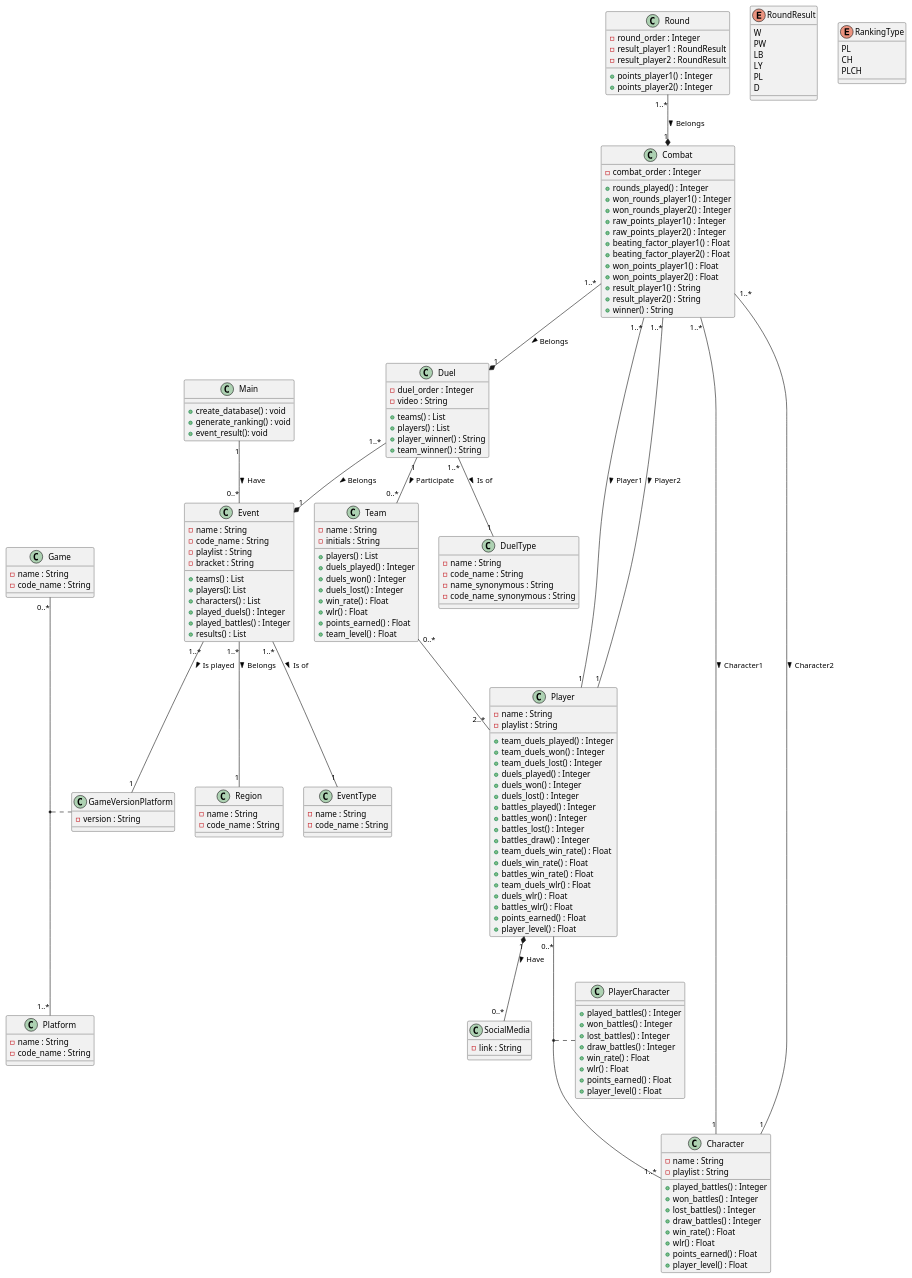
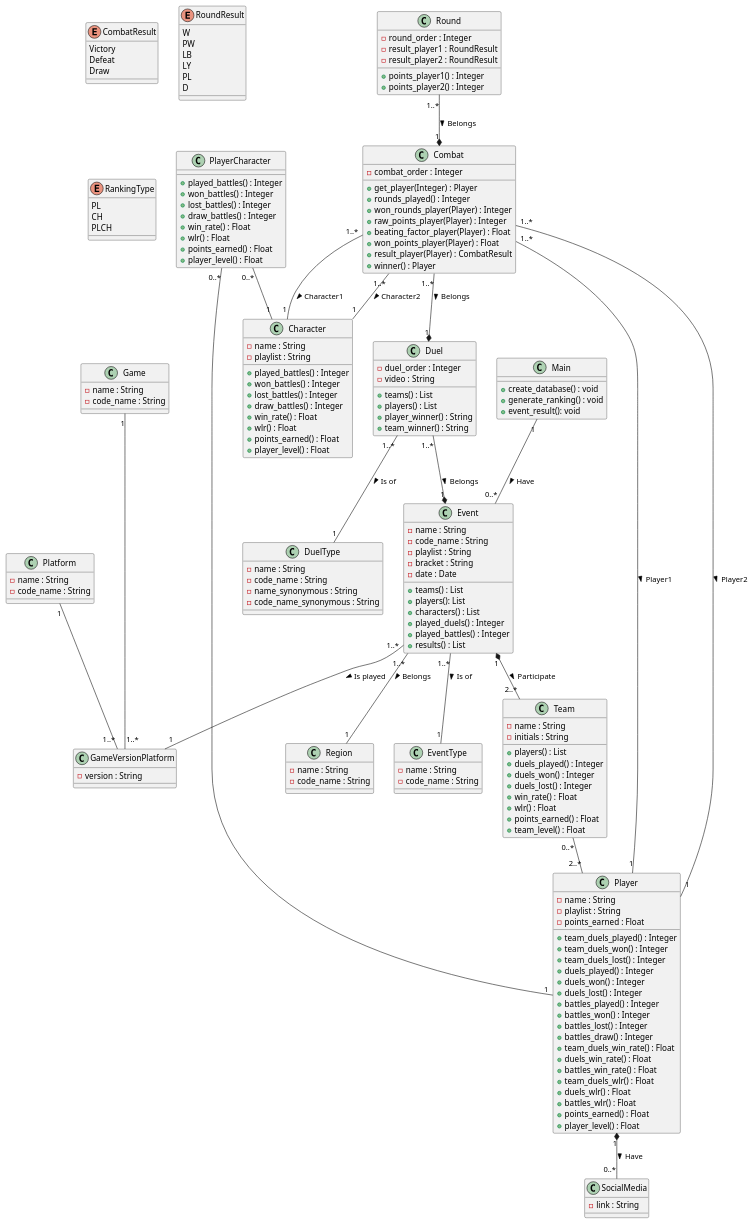
The diagram in backend/SSLEcd.plantuml (ianshalaga/sc_ranking), drawn with PlantUML before and after one commit.

```diff
--- a/backend/SSLEcd.plantuml
+++ b/backend/SSLEcd.plantuml
@@ -1,193 +1,197 @@
-@startuml SSLEuml
-
+@startuml
 class Game {
     - name : String
     - code_name : String
 }
 
 class Platform {
     - name : String
     - code_name : String
 }
 
 class Region {
     - name : String
     - code_name : String
 }
 
 class EventType {
     - name : String
     - code_name : String
 }
 
 class DuelType {
     - name : String
     - code_name : String
     - name_synonymous : String
     - code_name_synonymous : String
 }
 
 class Player {
     - name : String
     - playlist : String
+    - points_earned : Float
     + team_duels_played() : Integer
     + team_duels_won() : Integer
     + team_duels_lost() : Integer
     + duels_played() : Integer
     + duels_won() : Integer
     + duels_lost() : Integer
     + battles_played() : Integer
     + battles_won() : Integer
     + battles_lost() : Integer
     + battles_draw() : Integer
     + team_duels_win_rate() : Float
     + duels_win_rate() : Float
     + battles_win_rate() : Float
     + team_duels_wlr() : Float
     + duels_wlr() : Float
     + battles_wlr() : Float
     + points_earned() : Float
     + player_level() : Float
 }
 
 class Character {
     - name : String
     - playlist : String
     + played_battles() : Integer
     + won_battles() : Integer
     + lost_battles() : Integer
     + draw_battles() : Integer
     + win_rate() : Float
     + wlr() : Float
     + points_earned() : Float
     + player_level() : Float
 }
 
 class GameVersionPlatform {
     - version : String
 }
 
-Game "0..*" -- "1..*" Platform
-(Game, Platform) .. GameVersionPlatform
+Game "1" --- "1..*" GameVersionPlatform
+Platform "1" -- "1..*" GameVersionPlatform
+
 
 class SocialMedia {
     - link : String
 }
 
 Player "1" *-- "0..*" SocialMedia : Have >
 
 class PlayerCharacter {
     + played_battles() : Integer
     + won_battles() : Integer
     + lost_battles() : Integer
     + draw_battles() : Integer
     + win_rate() : Float
     + wlr() : Float
     + points_earned() : Float
     + player_level() : Float
 }
 
-Player "0..*" -- "1..*" Character
-(Player, Character) .. PlayerCharacter
+PlayerCharacter "0..*" -- "1" Character
+PlayerCharacter "0..*" -- "1" Player
+
 
 class Event {
     - name : String
     - code_name : String
     - playlist : String
     - bracket : String
+    - date : Date
     + teams() : List
     + players(): List
     + characters() : List
     + played_duels() : Integer
     + played_battles() : Integer
     + results() : List
 }
 
 Event "1..*" -- "1" EventType : Is of >
 Event "1..*" -- "1" Region : Belongs >
 Event "1..*" -- "1" GameVersionPlatform : Is played >
 
 class Duel {
     - duel_order : Integer
     - video : String
     + teams() : List
     + players() : List
     + player_winner() : String
     + team_winner() : String
 }
 
 Duel "1..*" -- "1" DuelType : Is of >
 Duel "1..*" --* "1" Event : Belongs >
-Duel "1" -- "0..*" Team : Participate >
+Event "1" *-- "2..*" Team : Participate >
 
 class Team {
     - name : String
     - initials : String
     + players() : List
     + duels_played() : Integer
     + duels_won() : Integer
     + duels_lost() : Integer
     + win_rate() : Float
     + wlr() : Float
     + points_earned() : Float
     + team_level() : Float
 }
 
 Team "0..*" -- "2..*" Player
 
 class Combat {
     - combat_order : Integer
+    + get_player(Integer) : Player
     + rounds_played() : Integer
-    + won_rounds_player1() : Integer
-    + won_rounds_player2() : Integer
-    + raw_points_player1() : Integer
-    + raw_points_player2() : Integer
-    + beating_factor_player1() : Float
-    + beating_factor_player2() : Float
-    + won_points_player1() : Float
-    + won_points_player2() : Float
-    + result_player1() : String
-    + result_player2() : String
-    + winner() : String
+    + won_rounds_player(Player) : Integer
+    + raw_points_player(Player) : Integer
+    + beating_factor_player(Player) : Float
+    + won_points_player(Player) : Float
+    + result_player(Player) : CombatResult
+    + winner() : Player
 }
 
 Combat "1..*" -- "1" Player : Player1 >
 Combat "1..*" -- "1" Player : Player2 >
 Combat "1..*" -- "1" Character : Character1 >
 Combat "1..*" -- "1" Character : Character2 >
 Combat "1..*" --* "1" Duel : Belongs >
+
+enum CombatResult {
+    Victory
+    Defeat
+    Draw
+}
 
 enum RoundResult {
     W
     PW
     LB
     LY
     PL
     D
 }
 
 class Round {
     - round_order : Integer
     - result_player1 : RoundResult
     - result_player2 : RoundResult
     + points_player1() : Integer
     + points_player2() : Integer
 }
 
 Round "1..*" --* "1" Combat : Belongs >
 
 class Main {
     + create_database() : void
     + generate_ranking() : void
     + event_result(): void
 }
 
 Main "1" -- "0..*" Event : Have >
 
 enum RankingType {
     PL
     CH
     PLCH
 }
-
 @enduml
```
